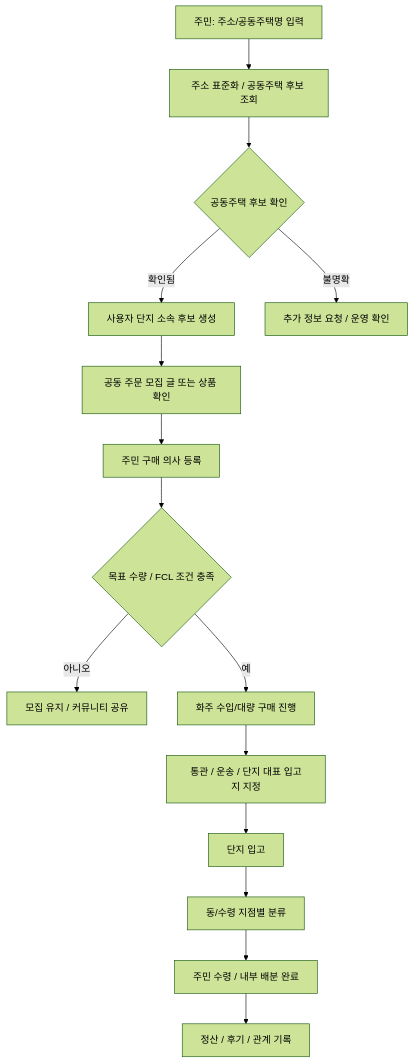
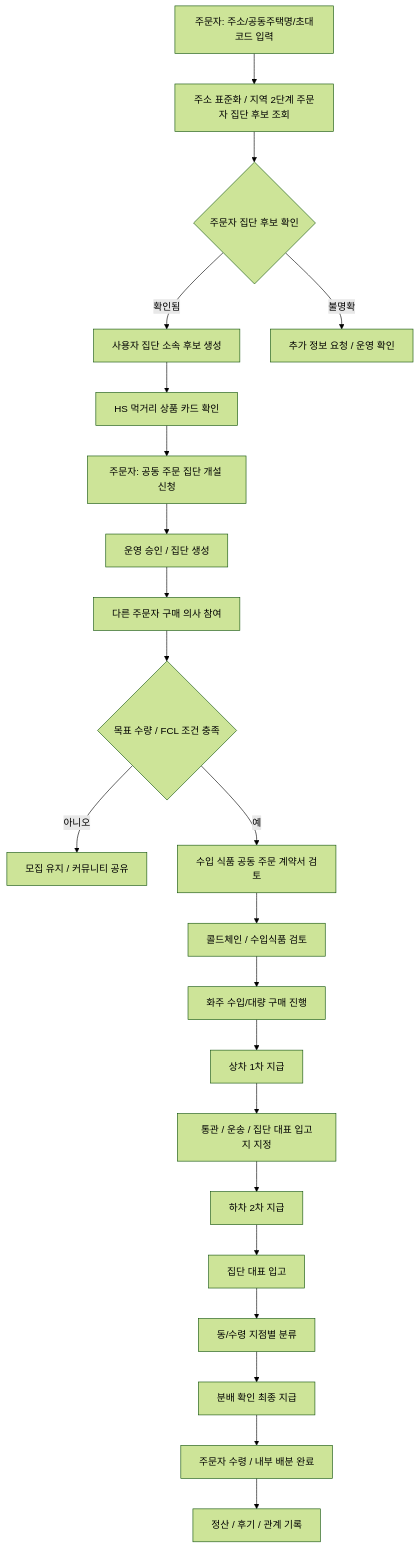
Before and after one commit to cheolwo/hongdal: the diagram in docs/Versions/v2.5/README.md, drawn with Mermaid (forest theme). The commit also changed other lines of this file and 56 other files, not shown here.

First line of the commit message:
Add platform roadmap and ISMS-P protection foundations

````diff
--- a/docs/Versions/v2.5/README.md
+++ b/docs/Versions/v2.5/README.md
@@ -98,17 +125,24 @@
 ```mermaid
 flowchart TD
-    A["주민: 주소/공동주택명 입력"] --> B["주소 표준화 / 공동주택 후보 조회"]
-    B --> C{"공동주택 후보 확인"}
-    C -->|확인됨| D["사용자 단지 소속 후보 생성"]
+    A["주문자: 주소/공동주택명/초대코드 입력"] --> B["주소 표준화 / 지역 2단계 주문자 집단 후보 조회"]
+    B --> C{"주문자 집단 후보 확인"}
+    C -->|확인됨| D["사용자 집단 소속 후보 생성"]
     C -->|불명확| X["추가 정보 요청 / 운영 확인"]
-    D --> E["공동 주문 모집 글 또는 상품 확인"]
-    E --> F["주민 구매 의사 등록"]
-    F --> G{"목표 수량 / FCL 조건 충족"}
-    G -->|아니오| H["모집 유지 / 커뮤니티 공유"]
-    G -->|예| I["화주 수입/대량 구매 진행"]
-    I --> J["통관 / 운송 / 단지 대표 입고지 지정"]
-    J --> K["단지 입고"]
-    K --> L["동/수령 지점별 분류"]
-    L --> M["주민 수령 / 내부 배분 완료"]
-    M --> N["정산 / 후기 / 관계 기록"]
+    D --> E["HS 먹거리 상품 카드 확인"]
+    E --> F["주문자: 공동 주문 집단 개설 신청"]
+    F --> G["운영 승인 / 집단 생성"]
+    G --> H["다른 주문자 구매 의사 참여"]
+    H --> I{"목표 수량 / FCL 조건 충족"}
+    I -->|아니오| J["모집 유지 / 커뮤니티 공유"]
+    I -->|예| K["수입 식품 공동 주문 계약서 검토"]
+    K --> L["콜드체인 / 수입식품 검토"]
+    L --> M["화주 수입/대량 구매 진행"]
+    M --> N["상차 1차 지급"]
+    N --> O["통관 / 운송 / 집단 대표 입고지 지정"]
+    O --> P["하차 2차 지급"]
+    P --> Q["집단 대표 입고"]
+    Q --> R["동/수령 지점별 분류"]
+    R --> S["분배 확인 최종 지급"]
+    S --> T["주문자 수령 / 내부 배분 완료"]
+    T --> U["정산 / 후기 / 관계 기록"]
 ```
````
